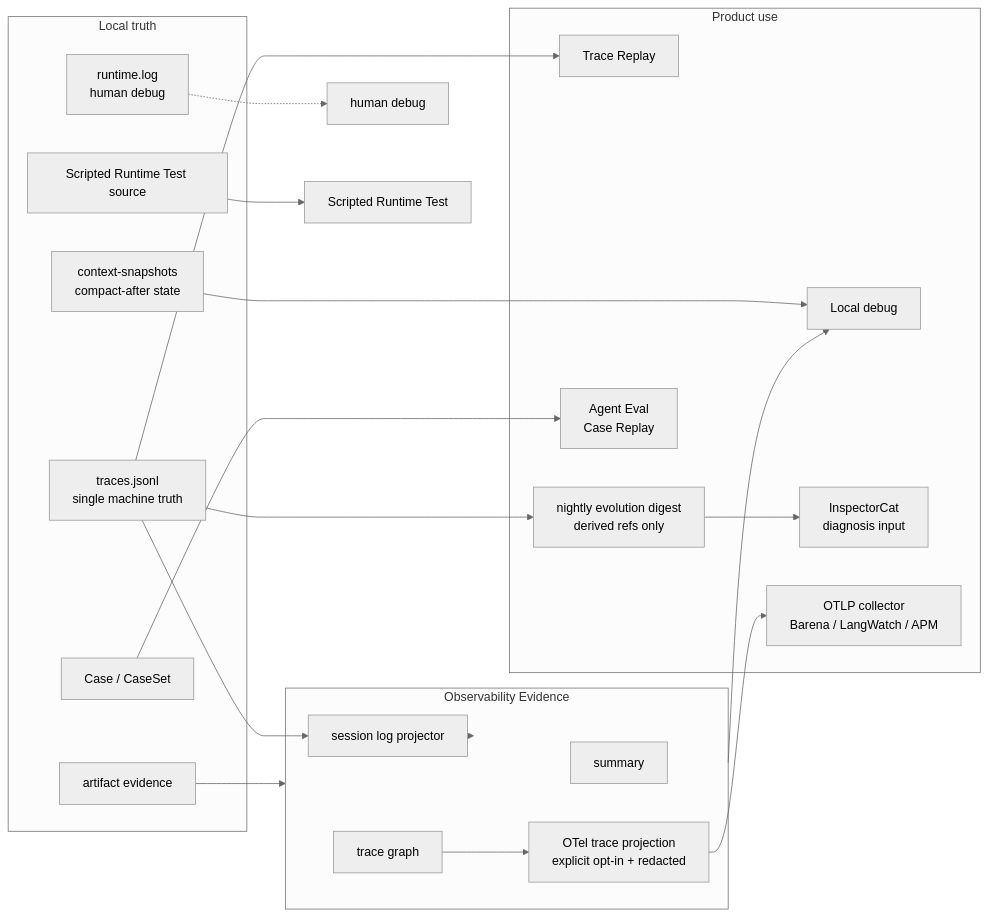
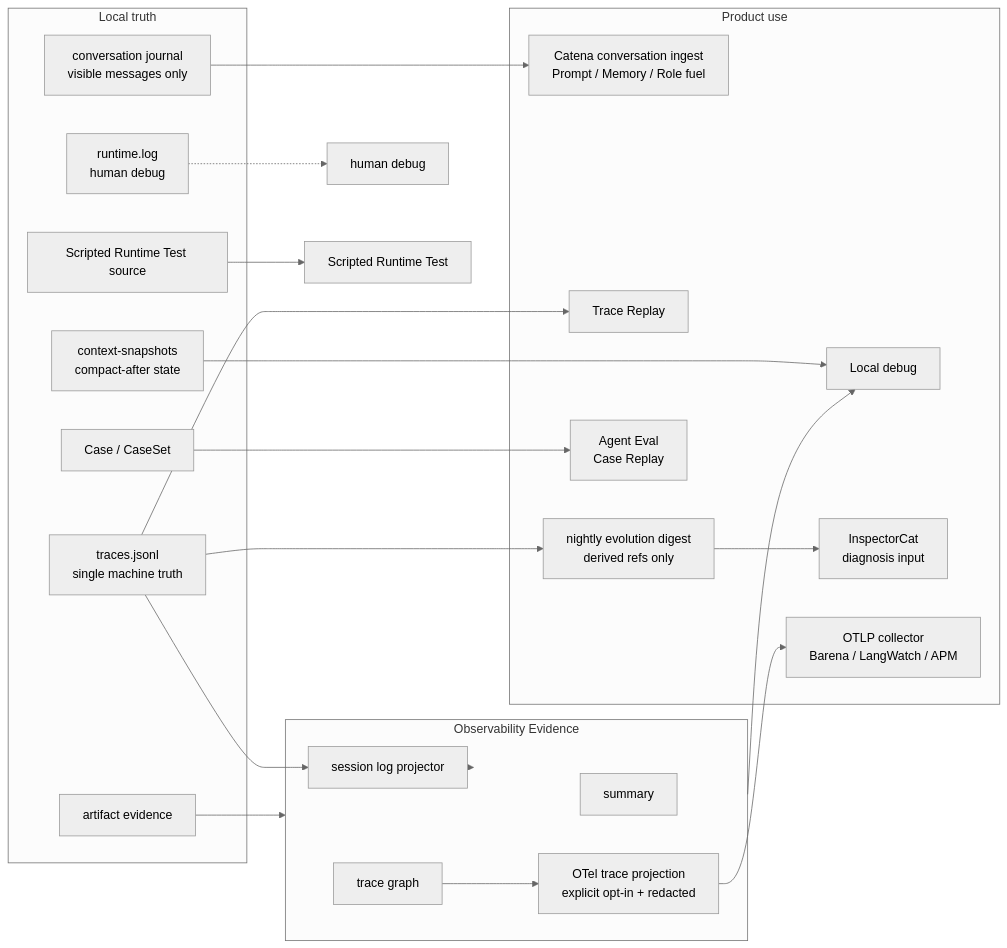
One commit to fightheyyy/xiaobaOS changed the second of 2 diagrams in docs/observability-evidence/SPEC.md. Above: the diagram before and after it, drawn with Mermaid (neutral theme). The commit also changed other lines of this file and 25 other files, not shown here.

````diff
--- a/docs/observability-evidence/SPEC.md
+++ b/docs/observability-evidence/SPEC.md
@@ -113,41 +114,44 @@
 ```mermaid
 flowchart LR
     subgraph LocalTruth["Local truth"]
+        Conversation["conversation journal<br/>visible messages only"]
         JSONL["traces.jsonl<br/>single machine truth"]
         Snapshots["context-snapshots<br/>compact-after state"]
         RuntimeLog["runtime.log<br/>human debug"]
         Artifacts["artifact evidence"]
         Cases["Case / CaseSet"]
         TestFixtures["Scripted Runtime Test source"]
     end
 
     subgraph Obs["Observability Evidence"]
         Projector["session log projector"]
         Summary["summary"]
         TraceGraph["trace graph"]
         Otel["OTel trace projection<br/>explicit opt-in + redacted"]
     end
 
     subgraph ProductUse["Product use"]
+        CatenaConversation["Catena conversation ingest<br/>Prompt / Memory / Role fuel"]
         Replay["Trace Replay"]
         Debug["Local debug"]
         SleepDigest["nightly evolution digest<br/>derived refs only"]
         Inspector["InspectorCat<br/>diagnosis input"]
         AgentEval["Agent Eval<br/>Case Replay"]
         Collector["OTLP collector<br/>Barena / LangWatch / APM"]
     end
 
     JSONL --> Projector
+    Conversation --> CatenaConversation
     Snapshots --> Debug
     RuntimeLog -.-> Maintainer["human debug"]
     Projector --> Obs
     TraceGraph --> Otel
     Otel --> Collector
     Artifacts --> Obs
     JSONL --> Replay
     JSONL --> SleepDigest
     SleepDigest --> Inspector
     Obs --> Debug
     Cases --> AgentEval
     TestFixtures --> TestRun["Scripted Runtime Test"]
 ```
````
